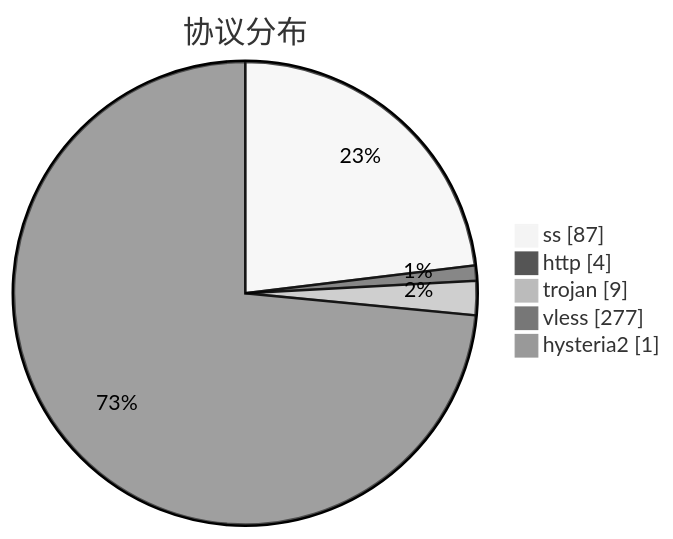
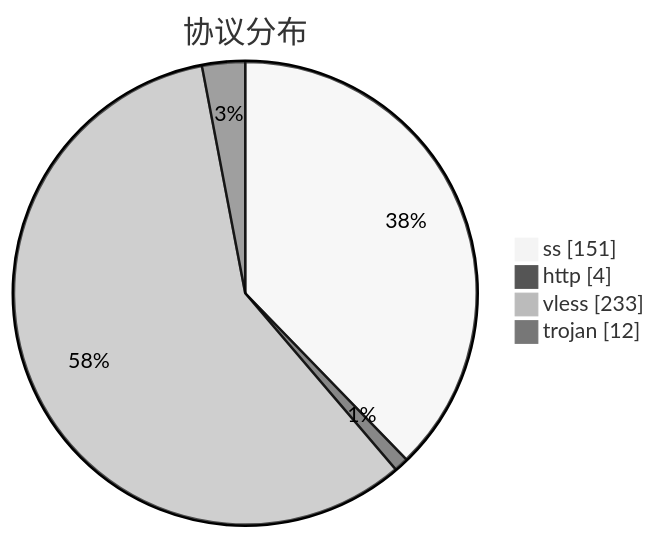
Before and after one commit to qjlxg/airport: the third of 3 diagrams in subs/statistics/tested_within.md, drawn with Mermaid (neutral theme). The commit also changed other lines of this file and 2 other files, not shown here.

````diff
--- a/subs/statistics/tested_within.md
+++ b/subs/statistics/tested_within.md
@@ -19,9 +18,8 @@
 ```mermaid
 pie showData
 title 协议分布
-"ss" : 87
+"ss" : 151
 "http" : 4
-"trojan" : 9
-"vless" : 277
-"hysteria2" : 1
+"vless" : 233
+"trojan" : 12
 ```
````
